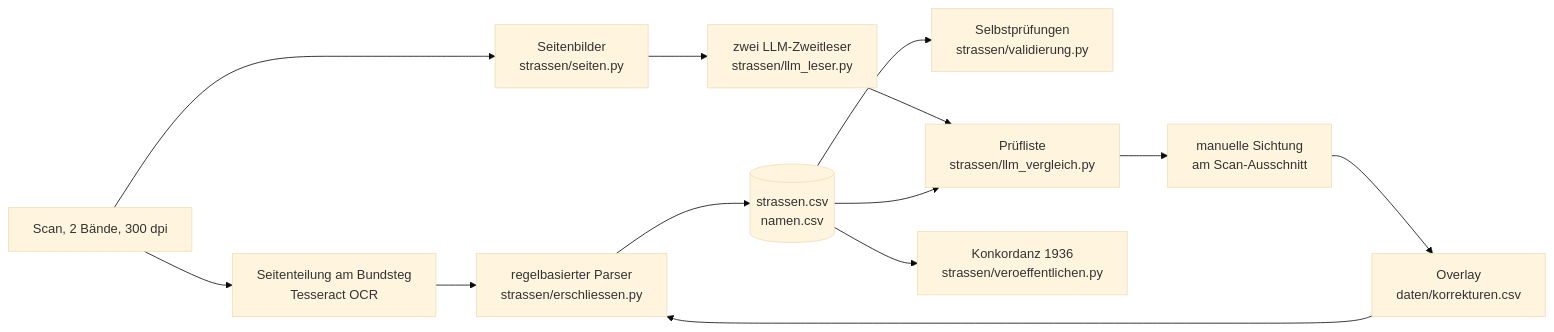
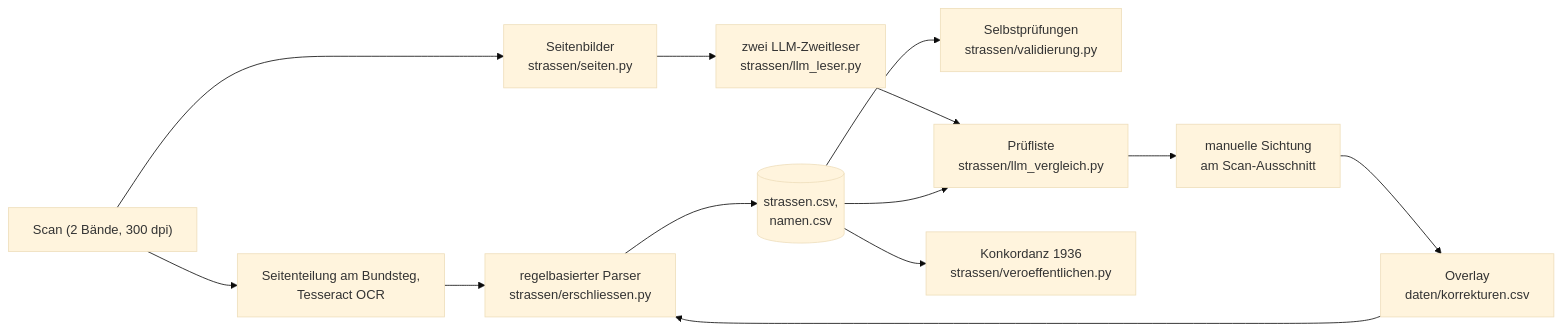
One commit to rodouc6/essener-strassen changed the diagram in README.md. Above: the diagram before and after it, drawn with Mermaid (base theme).

Commit message:
README: Mermaid-Knoten mit quotierten Beschriftungen (GitHub-Rendering)

````diff
--- a/README.md
+++ b/README.md
@@ -35,15 +35,15 @@
 ```mermaid
 flowchart LR
-  A[Scan, 2 Bände, 300 dpi] --> B[Seitenteilung am Bundsteg<br>Tesseract OCR]
-  B --> C[regelbasierter Parser<br>strassen/erschliessen.py]
-  C --> D[(strassen.csv<br>namen.csv)]
-  D --> E[Selbstprüfungen<br>strassen/validierung.py]
-  A --> F[Seitenbilder<br>strassen/seiten.py]
-  F --> G[zwei LLM-Zweitleser<br>strassen/llm_leser.py]
-  G --> H[Prüfliste<br>strassen/llm_vergleich.py]
+  A["Scan (2 Bände, 300 dpi)"] --> B["Seitenteilung am Bundsteg,<br/>Tesseract OCR"]
+  B --> C["regelbasierter Parser<br/>strassen/erschliessen.py"]
+  C --> D[("strassen.csv,<br/>namen.csv")]
+  D --> E["Selbstprüfungen<br/>strassen/validierung.py"]
+  A --> F["Seitenbilder<br/>strassen/seiten.py"]
+  F --> G["zwei LLM-Zweitleser<br/>strassen/llm_leser.py"]
+  G --> H["Prüfliste<br/>strassen/llm_vergleich.py"]
   D --> H
-  H --> I[manuelle Sichtung<br>am Scan-Ausschnitt]
-  I --> J[Overlay<br>daten/korrekturen.csv]
+  H --> I["manuelle Sichtung<br/>am Scan-Ausschnitt"]
+  I --> J["Overlay<br/>daten/korrekturen.csv"]
   J --> C
-  D --> K[Konkordanz 1936<br>strassen/veroeffentlichen.py]
+  D --> K["Konkordanz 1936<br/>strassen/veroeffentlichen.py"]
 ```
````
